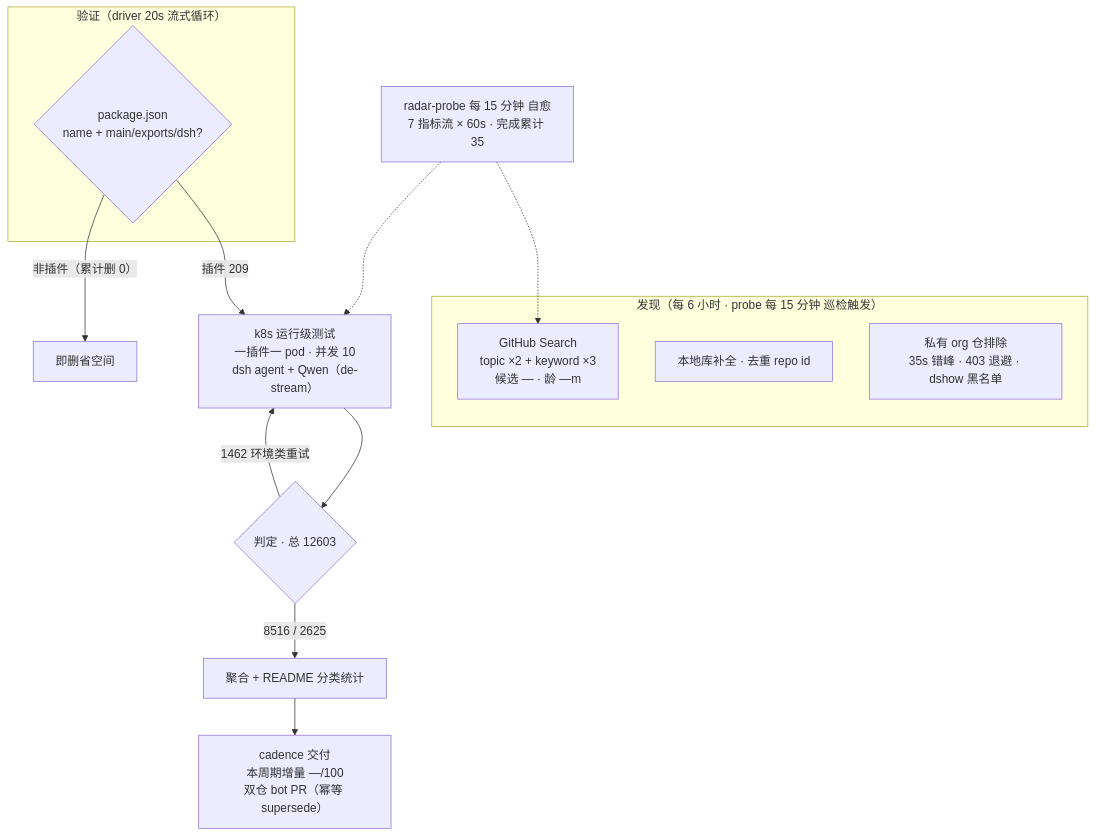
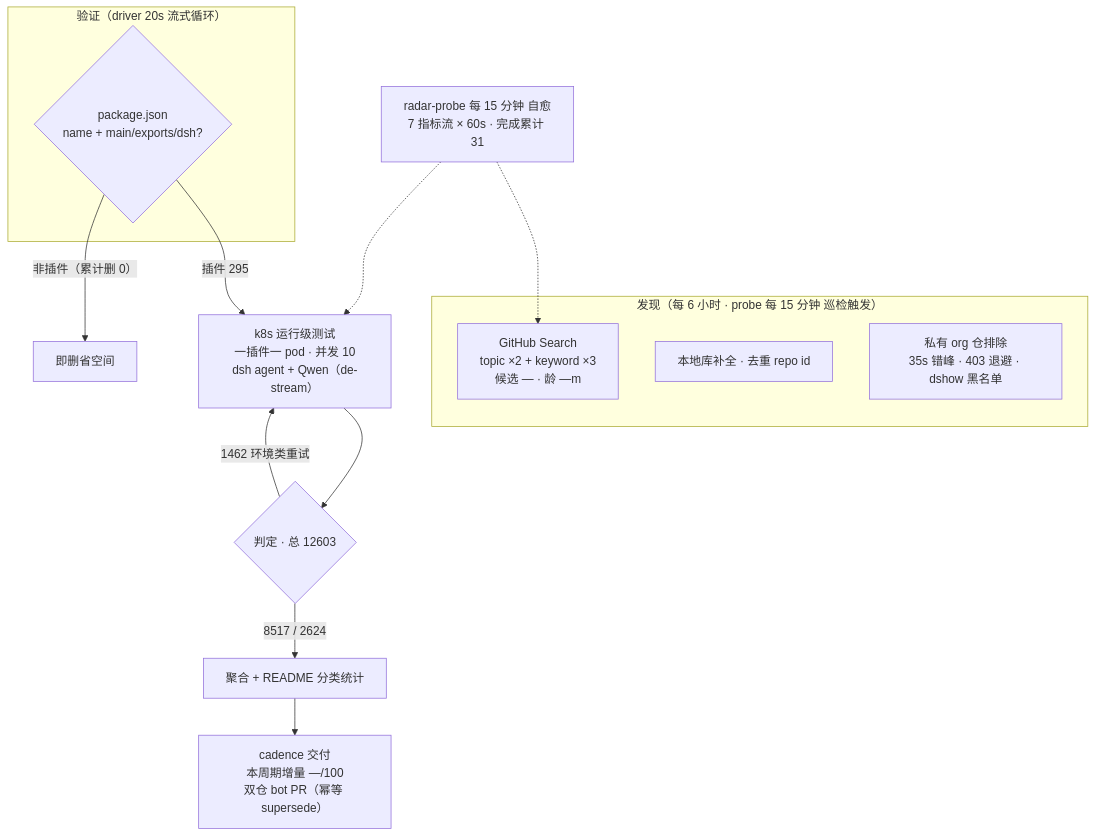
One commit to AdamPlatin123/awesome-dsh-plugins changed the diagram in README.md. Above: the diagram before and after it, drawn with Mermaid. The commit also changed other lines of this file and 5 other files, not shown here.

````diff
--- a/README.md
+++ b/README.md
@@ -52,20 +52,20 @@
 ```mermaid
 flowchart TB
     subgraph Discovery["发现（每 6 小时 · probe 每 15 分钟 巡检触发）"]
         A1["GitHub Search<br/>topic ×2 + keyword ×3<br/>候选 — · 龄 —m"]
         A2["本地库补全 · 去重 repo id"]
         A3["私有 org 仓排除<br/>35s 错峰 · 403 退避 · dshow 黑名单"]
     end
     subgraph Validation["验证（driver 20s 流式循环）"]
         B1{"package.json<br/>name + main/exports/dsh?"}
     end
-    B1 -->|"插件 209"| C1["k8s 运行级测试<br/>一插件一 pod · 并发 10<br/>dsh agent + Qwen（de-stream）"]
+    B1 -->|"插件 295"| C1["k8s 运行级测试<br/>一插件一 pod · 并发 10<br/>dsh agent + Qwen（de-stream）"]
     B1 -->|"非插件（累计删 0）"| B3["即删省空间"]
     C1 --> D1{"判定 · 总 12603"}
-    D1 -->|"8516 / 2625"| E1["聚合 + README 分类统计"]
+    D1 -->|"8517 / 2624"| E1["聚合 + README 分类统计"]
     D1 -->|"1462 环境类重试"| C1
     E1 --> E2["cadence 交付<br/>本周期增量 —/100<br/>双仓 bot PR（幂等 supersede）"]
-    M["radar-probe 每 15 分钟 自愈<br/>7 指标流 × 60s · 完成累计 35"]
+    M["radar-probe 每 15 分钟 自愈<br/>7 指标流 × 60s · 完成累计 31"]
     M -.-> A1
     M -.-> C1
 ```
````
